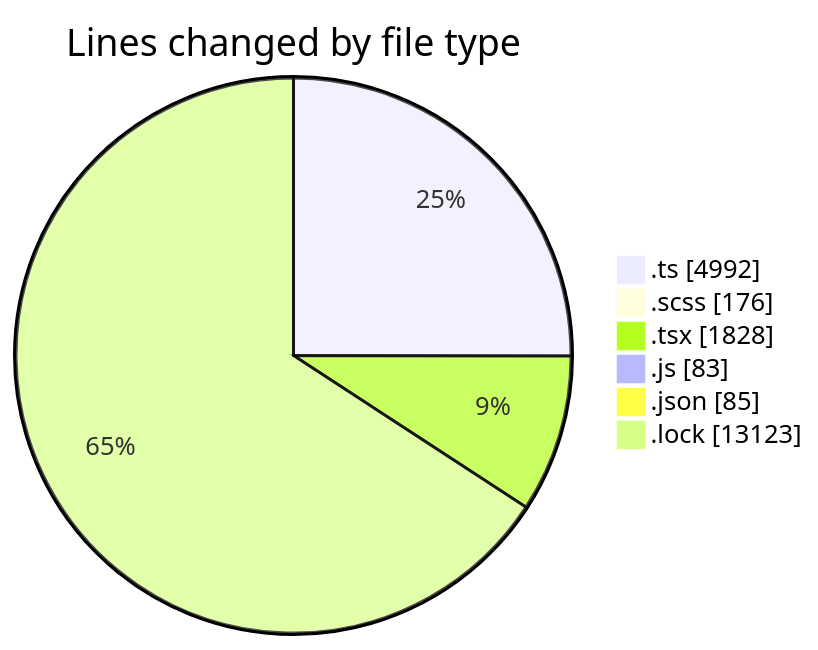
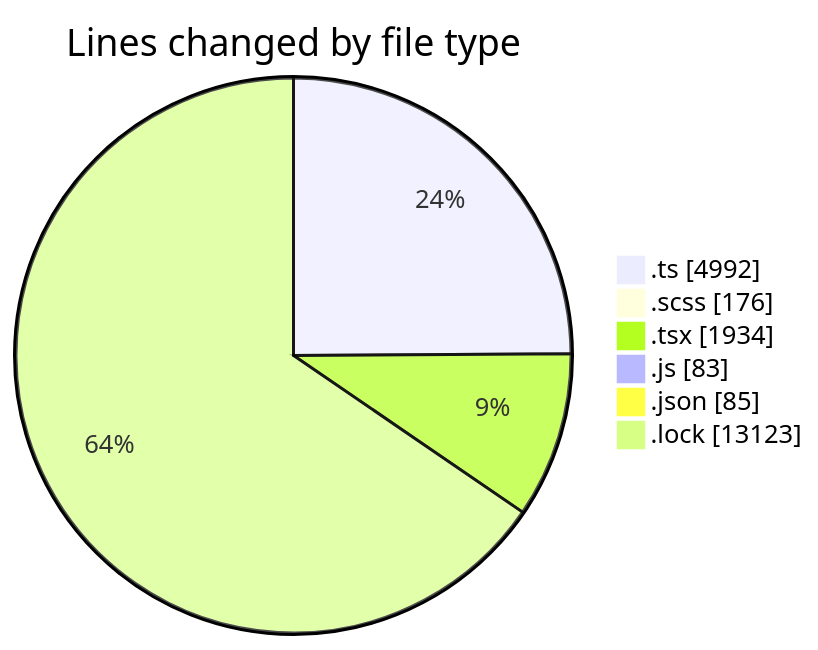
One commit to momahboobian/code-tracking changed the first of 2 diagrams in 2025-09-12/cda/README.md. Above: the diagram before and after it, drawn with Mermaid. The commit also changed other lines of this file and 1 other file, not shown here.

````diff
--- a/2025-09-12/cda/README.md
+++ b/2025-09-12/cda/README.md
@@ -34,10 +34,10 @@
 ```mermaid
 pie showData
 title Lines changed by file type
 ".ts" : 4992
 ".scss" : 176
-".tsx" : 1828
+".tsx" : 1934
 ".js" : 83
 ".json" : 85
 ".lock" : 13123
 ```
````
